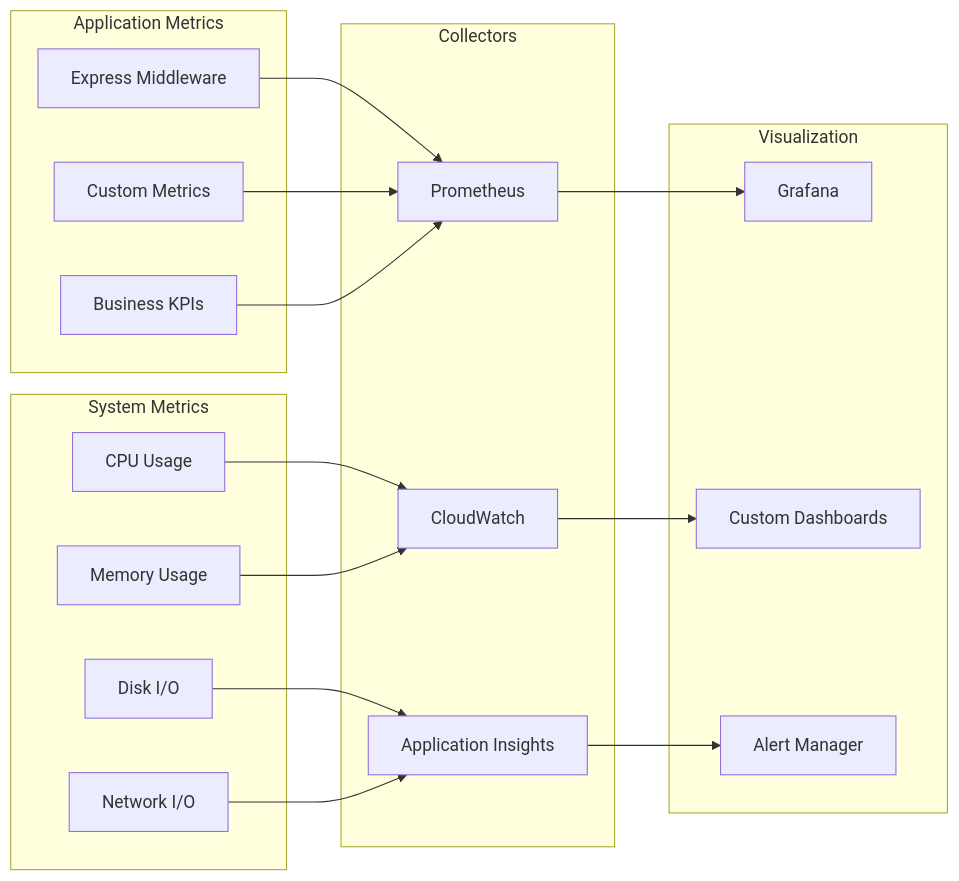
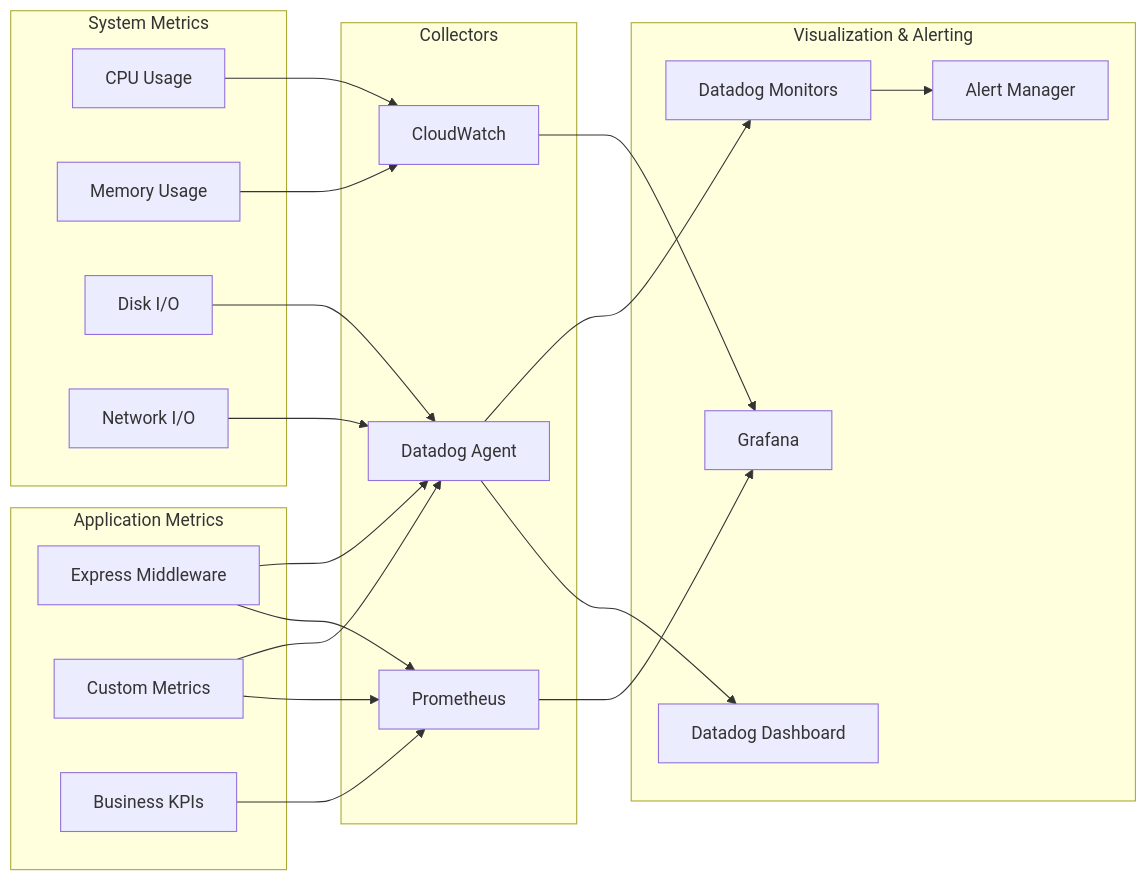
Before and after one commit to hoangsonww/EstateWise-Chapel-Hill-Chatbot: diagram 36 of 45 in ARCHITECTURE.md, drawn with Mermaid. The commit also changed other lines of this file and 26 other files, not shown here.

````diff
--- a/ARCHITECTURE.md
+++ b/ARCHITECTURE.md
@@ -1888,40 +1892,46 @@
 ```mermaid
 flowchart LR
   subgraph "Application Metrics"
     Express[Express Middleware]
     Custom[Custom Metrics]
     Business[Business KPIs]
   end
 
   subgraph "System Metrics"
     CPU[CPU Usage]
     Memory[Memory Usage]
     Disk[Disk I/O]
     Network[Network I/O]
   end
 
   subgraph "Collectors"
     Prometheus[Prometheus]
     CloudWatch[CloudWatch]
-    AppInsights[Application Insights]
+    Datadog[Datadog Agent]
   end
 
-  subgraph "Visualization"
+  subgraph "Visualization & Alerting"
     Grafana[Grafana]
-    Dashboards[Custom Dashboards]
+    DDDash[Datadog Dashboard]
+    DDMonitors[Datadog Monitors]
     Alerts[Alert Manager]
   end
 
   Express --> Prometheus
   Custom --> Prometheus
   Business --> Prometheus
 
+  Express --> Datadog
+  Custom --> Datadog
+
   CPU --> CloudWatch
   Memory --> CloudWatch
-  Disk --> AppInsights
-  Network --> AppInsights
+  Disk --> Datadog
+  Network --> Datadog
 
   Prometheus --> Grafana
-  CloudWatch --> Dashboards
-  AppInsights --> Alerts
+  CloudWatch --> Grafana
+  Datadog --> DDDash
+  Datadog --> DDMonitors
+  DDMonitors --> Alerts
 ```
````
